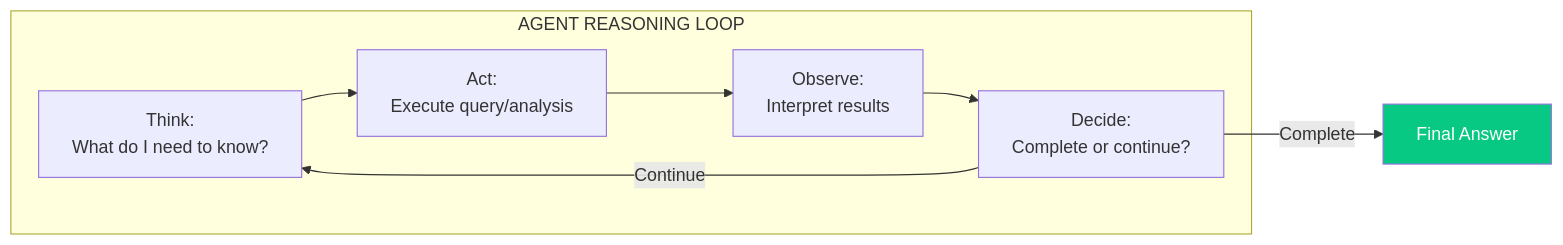
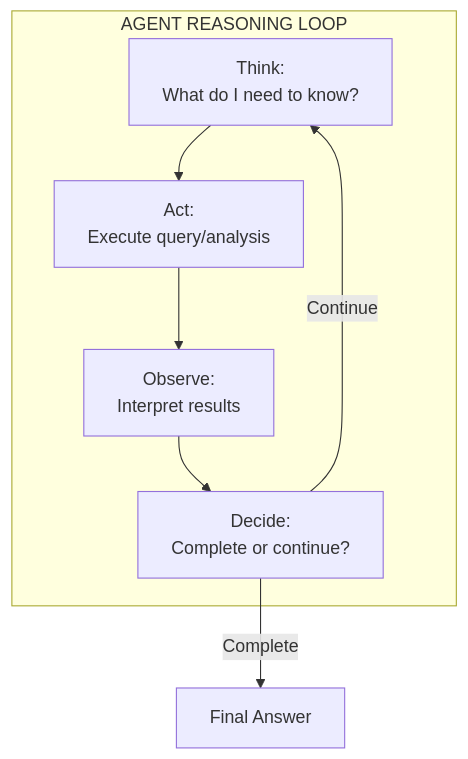
The second of 4 diagrams in ip/coding-agents.mdx (ashishsuperatom/tech-docs), drawn with Mermaid before and after one commit. The commit also changed other lines of this file and 37 other files, not shown here.

First line of the commit message:
Clean up docs: remove em-dashes, fix mermaid diagrams, remove emojis

````diff
--- a/ip/coding-agents.mdx
+++ b/ip/coding-agents.mdx
@@ -99,15 +97,14 @@
 ```mermaid
-flowchart LR
+flowchart TD
     subgraph LOOP["AGENT REASONING LOOP"]
         THINK["Think:<br>What do I need to know?"]
         ACT["Act:<br>Execute query/analysis"]
         OBSERVE["Observe:<br>Interpret results"]
         DECIDE["Decide:<br>Complete or continue?"]
     end
 
     THINK --> ACT --> OBSERVE --> DECIDE
     DECIDE -->|Continue| THINK
     DECIDE -->|Complete| OUTPUT["Final Answer"]
 
-    style OUTPUT fill:#07C983,color:#fff
 ```
````
